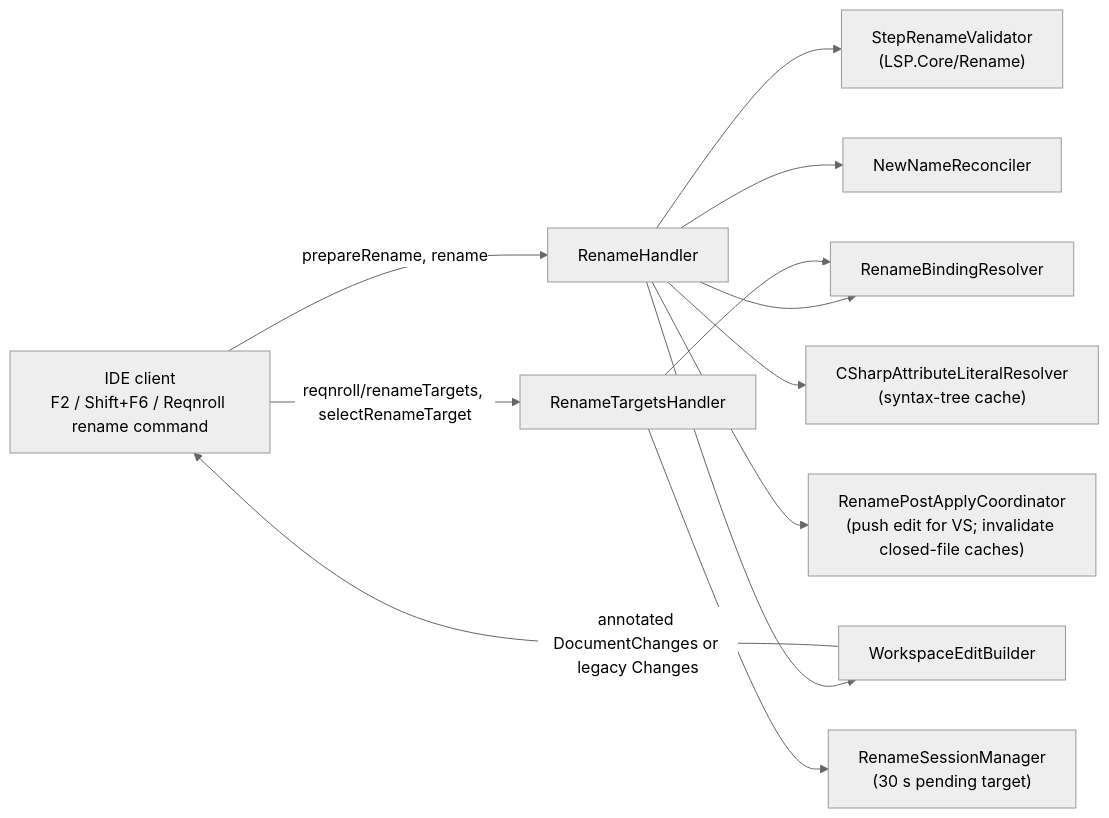
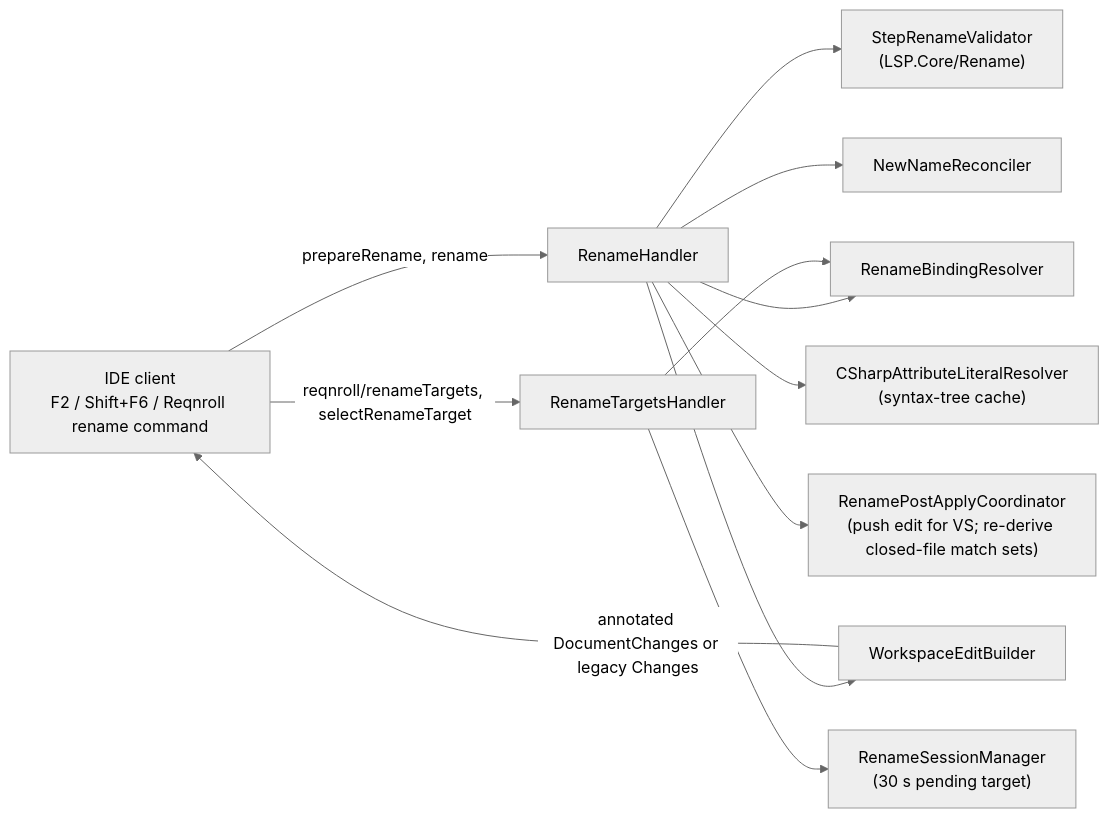
One commit to reqnroll/Reqnroll.IdeSupport changed the first of 3 diagrams in docs/features/rename.md. Above: the diagram before and after it, drawn with Mermaid (neutral theme). The commit also changed other lines of this file and 7 other files, not shown here.

````diff
--- a/docs/features/rename.md
+++ b/docs/features/rename.md
@@ -26,14 +26,14 @@
 ```mermaid
 flowchart LR
     CLIENT["IDE client<br/>F2 / Shift+F6 / Reqnroll rename command"] -->|"prepareRename, rename"| RH["RenameHandler"]
     CLIENT -->|"reqnroll/renameTargets, selectRenameTarget"| RTH["RenameTargetsHandler"]
     RH --> BR["RenameBindingResolver"]
     RH --> VAL["StepRenameValidator<br/>(LSP.Core/Rename)"]
     RH --> NNR["NewNameReconciler"]
     RH --> LIT["CSharpAttributeLiteralResolver<br/>(syntax-tree cache)"]
     RH --> WEB["WorkspaceEditBuilder"]
     RTH --> BR
     RTH --> SES["RenameSessionManager<br/>(30 s pending target)"]
     WEB -->|"annotated DocumentChanges or legacy Changes"| CLIENT
-    RH --> PAC["RenamePostApplyCoordinator<br/>(push edit for VS; invalidate closed-file caches)"]
+    RH --> PAC["RenamePostApplyCoordinator<br/>(push edit for VS; re-derive closed-file match sets)"]
 ```
````
